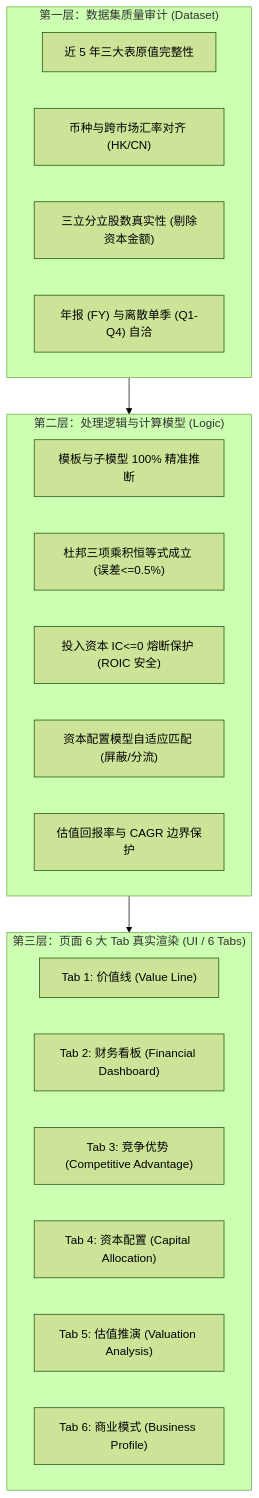
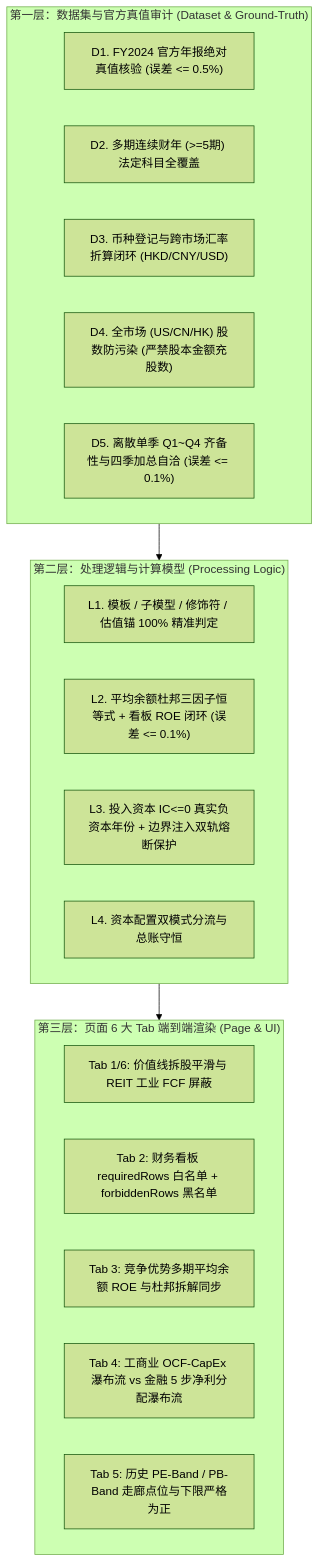
The diagram in golden.md (walk4rever/buffett-tribe), drawn with Mermaid (forest theme) before and after one commit. The commit also changed other lines of this file and 12 other files, not shown here.

First line of the commit message:
feat(financials): strengthen golden audits and adapt value-line metrics

````diff
--- a/golden.md
+++ b/golden.md
@@ -65,28 +121,27 @@
 ```mermaid
 flowchart TD
-    subgraph Layer1["第一层：数据集质量审计 (Dataset)"]
-        D1["近 5 年三大表原值完整性"]
-        D2["币种与跨市场汇率对齐 (HK/CN)"]
-        D3["三立分立股数真实性 (剔除资本金额)"]
-        D4["年报 (FY) 与离散单季 (Q1-Q4) 自洽"]
+    subgraph Layer1["第一层：数据集与官方真值审计 (Dataset & Ground-Truth)"]
+        D1["D1. FY2024 官方年报绝对真值核验 (误差 <= 0.5%)"]
+        D2["D2. 多期连续财年 (>=5期) 法定科目全覆盖"]
+        D3["D3. 币种登记与跨市场汇率折算闭环 (HKD/CNY/USD)"]
+        D4["D4. 全市场 (US/CN/HK) 股数防污染 (严禁股本金额充股数)"]
+        D5["D5. 离散单季 Q1~Q4 齐备性与四季加总自洽 (误差 <= 0.1%)"]
     end
 
-    subgraph Layer2["第二层：处理逻辑与计算模型 (Logic)"]
-        L1["模板与子模型 100% 精准推断"]
-        L2["杜邦三项乘积恒等式成立 (误差<=0.5%)"]
-        L3["投入资本 IC<=0 熔断保护 (ROIC 安全)"]
-        L4["资本配置模型自适应匹配 (屏蔽/分流)"]
-        L5["估值回报率与 CAGR 边界保护"]
+    subgraph Layer2["第二层：处理逻辑与计算模型 (Processing Logic)"]
+        L1["L1. 模板 / 子模型 / 修饰符 / 估值锚 100% 精准判定"]
+        L2["L2. 平均余额杜邦三因子恒等式 + 看板 ROE 闭环 (误差 <= 0.1%)"]
+        L3["L3. 投入资本 IC<=0 真实负资本年份 + 边界注入双轨熔断保护"]
+        L4["L4. 资本配置双模式分流与总账守恒"]
     end
 
-    subgraph Layer3["第三层：页面 6 大 Tab 真实渲染 (UI / 6 Tabs)"]
-        U1["Tab 1: 价值线 (Value Line)"]
-        U2["Tab 2: 财务看板 (Financial Dashboard)"]
-        U3["Tab 3: 竞争优势 (Competitive Advantage)"]
-        U4["Tab 4: 资本配置 (Capital Allocation)"]
-        U5["Tab 5: 估值推演 (Valuation Analysis)"]
-        U6["Tab 6: 商业模式 (Business Profile)"]
+    subgraph Layer3["第三层：页面 6 大 Tab 端到端渲染 (Page & UI)"]
+        U1["Tab 1/6: 价值线拆股平滑与 REIT 工业 FCF 屏蔽"]
+        U2["Tab 2: 财务看板 requiredRows 白名单 + forbiddenRows 黑名单"]
+        U3["Tab 3: 竞争优势多期平均余额 ROE 与杜邦拆解同步"]
+        U4["Tab 4: 工商业 OCF-CapEx 瀑布流 vs 金融 5 步净利分配瀑布流"]
+        U5["Tab 5: 历史 PE-Band / PB-Band 走廊点位与下限严格为正"]
     end
 
     Layer1 --> Layer2 --> Layer3
 ```
````
